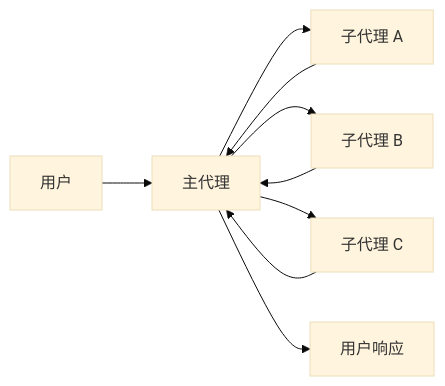
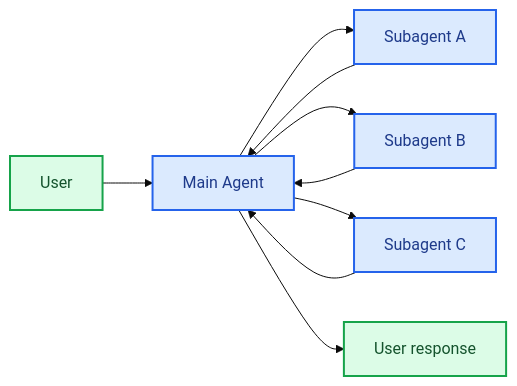
Before and after one commit to kunfan96/cndocs-langchain: the fourth of 5 diagrams in oss/python/langchain/multi-agent/subagents.mdx, drawn with Mermaid (base theme). The commit also changed other lines of this file and 2611 other files, not shown here.

````diff
--- a/oss/python/langchain/multi-agent/subagents.mdx
+++ b/oss/python/langchain/multi-agent/subagents.mdx
@@ -179,11 +185,17 @@
 ```mermaid
 graph LR
-    A[用户] --> B[主代理]
-    B --> C[子代理 A]
-    B --> D[子代理 B]
-    B --> E[子代理 C]
+    A[User] --> B[Main Agent]
+    B --> C[Subagent A]
+    B --> D[Subagent B]
+    B --> E[Subagent C]
     C --> B
     D --> B
     E --> B
-    B --> F[用户响应]
+    B --> F[User response]
+
+    classDef trigger fill:#DCFCE7,stroke:#16A34A,stroke-width:2px,color:#14532D
+    classDef process fill:#DBEAFE,stroke:#2563EB,stroke-width:2px,color:#1E3A8A
+
+    class A,F trigger
+    class B,C,D,E process
 ```
````
